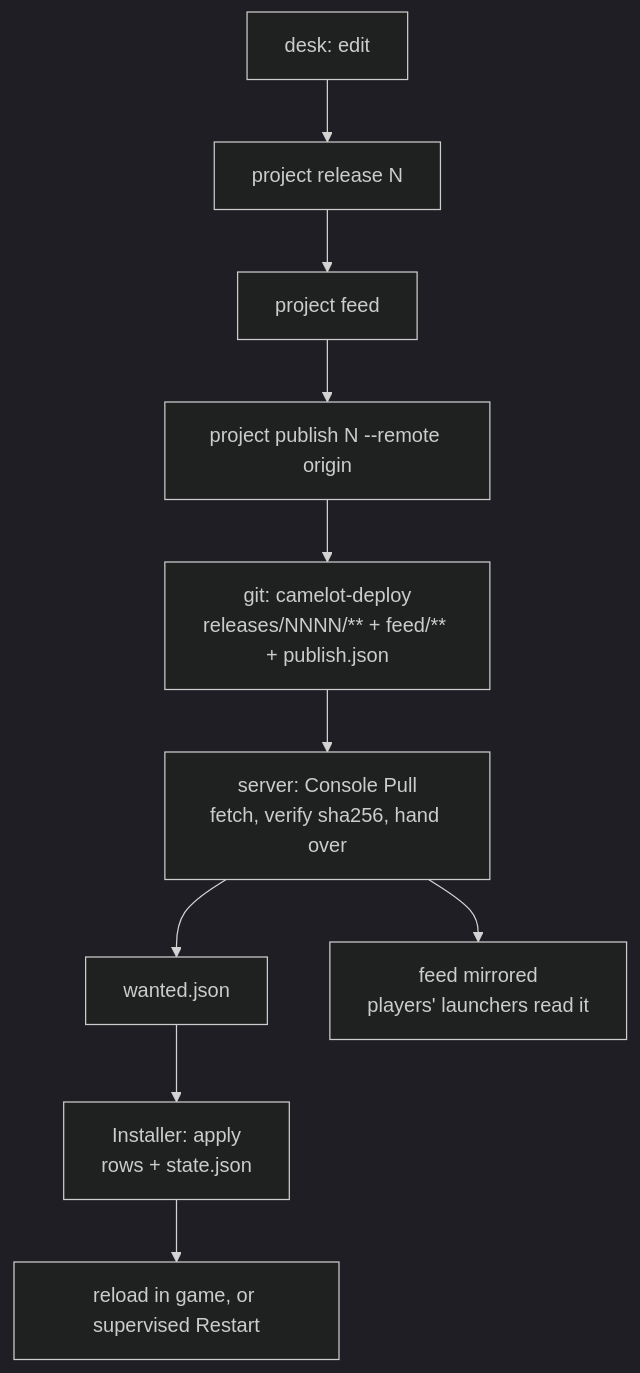
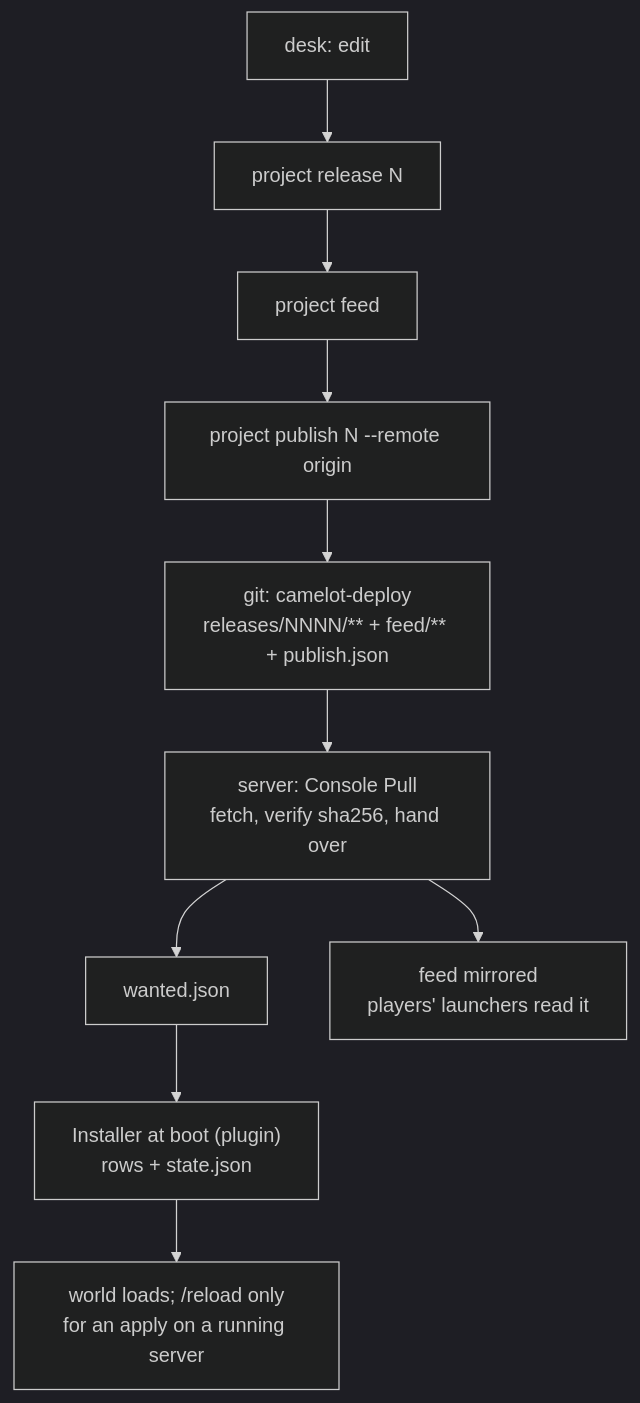
Before and after one commit to camelot-forge/camelot-studio: the diagram in docs/admin.md, drawn with Mermaid (dark theme). The commit also changed other lines of this file and 7 other files, not shown here.

Commit message:
docs: the server install and the boot installer

````diff
--- a/docs/admin.md
+++ b/docs/admin.md
@@ -314,12 +323,12 @@
 ```mermaid
 flowchart TD
     A["desk: edit"] --> B["project release N"]
     B --> C["project feed"]
     C --> D["project publish N --remote origin"]
     D --> E["git: camelot-deploy<br/>releases/NNNN/** + feed/** + publish.json"]
     E --> F["server: Console Pull<br/>fetch, verify sha256, hand over"]
     F --> G["wanted.json"]
-    G --> H["Installer: apply<br/>rows + state.json"]
-    H --> I["reload in game, or supervised Restart"]
+    G --> H["Installer at boot (plugin)<br/>rows + state.json"]
+    H --> I["world loads; /reload only<br/>for an apply on a running server"]
     F --> J["feed mirrored<br/>players' launchers read it"]
 ```
````
